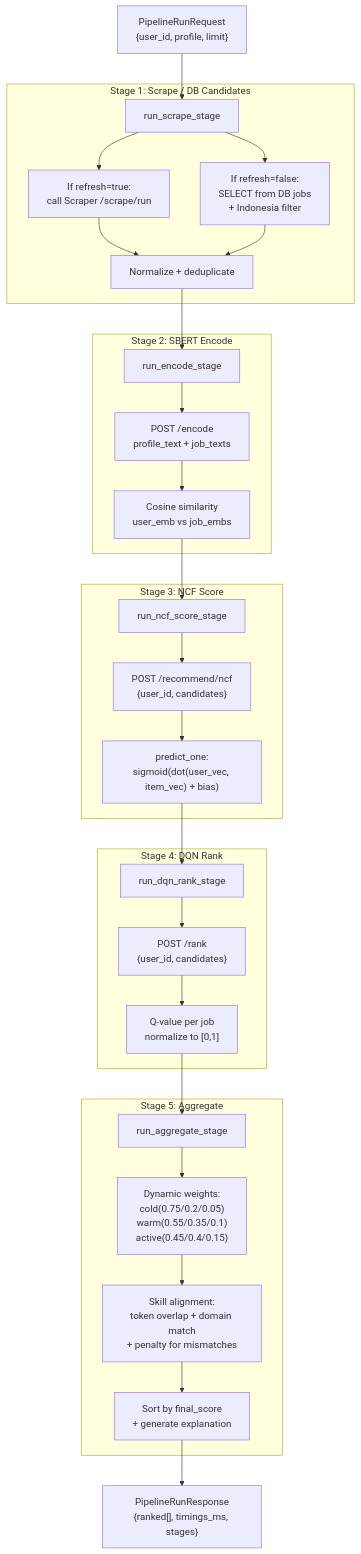
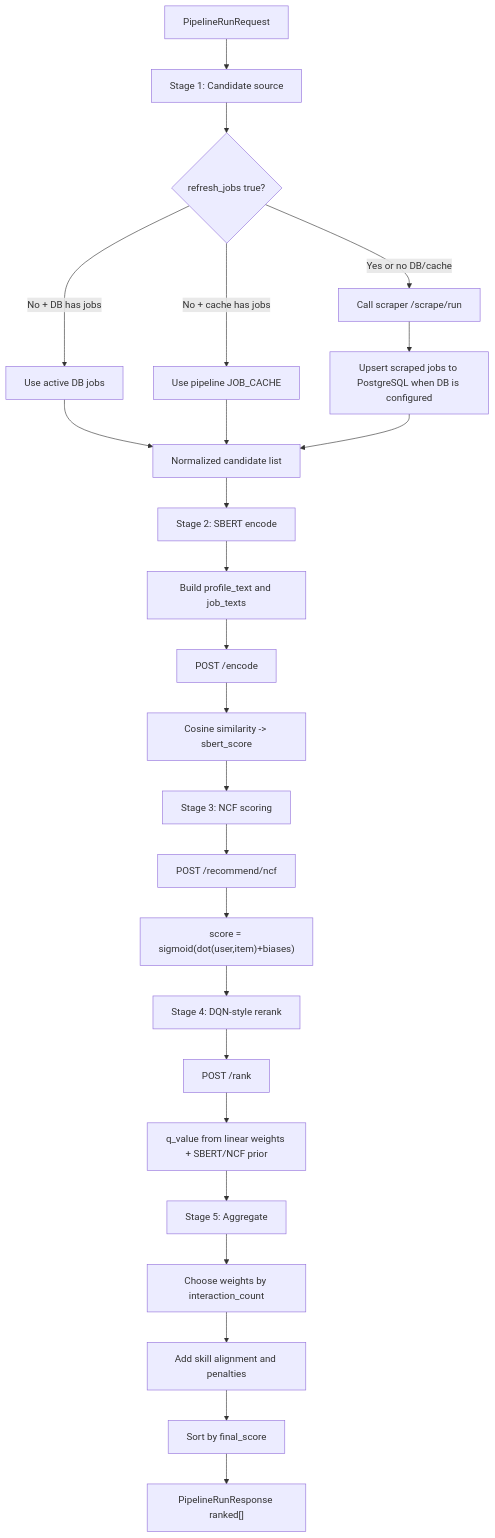
Before and after one commit to zXmill/SCPA-job-advisor: the fifth of 15 diagrams in diagram.md, drawn with Mermaid. The commit also changed other lines of this file and 1 other file, not shown here.

````diff
--- a/diagram.md
+++ b/diagram.md
@@ -229,49 +221,31 @@
 ```mermaid
 flowchart TD
-    Start["PipelineRunRequest<br/>{user_id, profile, limit}"] --> S1
+    Start["PipelineRunRequest"] --> S1["Stage 1: Candidate source"]
+    S1 --> S1a{"refresh_jobs true?"}
+    S1a -->|"No + DB has jobs"| DBJobs["Use active DB jobs"]
+    S1a -->|"No + cache has jobs"| CacheJobs["Use pipeline JOB_CACHE"]
+    S1a -->|"Yes or no DB/cache"| ScrapeJobs["Call scraper /scrape/run"]
+    ScrapeJobs --> Upsert["Upsert scraped jobs to PostgreSQL when DB is configured"]
+    DBJobs --> Merge["Normalized candidate list"]
+    CacheJobs --> Merge
+    Upsert --> Merge
 
-    subgraph Stage1["Stage 1: Scrape / DB Candidates"]
-        S1["run_scrape_stage"]
-        S1a["If refresh=true:<br/>call Scraper /scrape/run"]
-        S1b["If refresh=false:<br/>SELECT from DB jobs<br/>+ Indonesia filter"]
-        S1 --> S1a
-        S1 --> S1b
-        S1a --> S1c["Normalize + deduplicate"]
-        S1b --> S1c
-    end
+    Merge --> S2["Stage 2: SBERT encode"]
+    S2 --> E1["Build profile_text and job_texts"]
+    E1 --> E2["POST /encode"]
+    E2 --> E3["Cosine similarity -> sbert_score"]
 
-    subgraph Stage2["Stage 2: SBERT Encode"]
-        S2["run_encode_stage"]
-        S2a["POST /encode<br/>profile_text + job_texts"]
-        S2b["Cosine similarity<br/>user_emb vs job_embs"]
-        S2 --> S2a --> S2b
-    end
+    E3 --> S3["Stage 3: NCF scoring"]
+    S3 --> N1["POST /recommend/ncf"]
+    N1 --> N2["score = sigmoid(dot(user,item)+biases)"]
 
-    subgraph Stage3["Stage 3: NCF Score"]
-        S3["run_ncf_score_stage"]
-        S3a["POST /recommend/ncf<br/>{user_id, candidates}"]
-        S3b["predict_one:<br/>sigmoid(dot(user_vec, item_vec) + bias)"]
-        S3 --> S3a --> S3b
-    end
+    N2 --> S4["Stage 4: DQN-style rerank"]
+    S4 --> D1["POST /rank"]
+    D1 --> D2["q_value from linear weights + SBERT/NCF prior"]
 
-    subgraph Stage4["Stage 4: DQN Rank"]
-        S4["run_dqn_rank_stage"]
-        S4a["POST /rank<br/>{user_id, candidates}"]
-        S4b["Q-value per job<br/>normalize to [0,1]"]
-        S4 --> S4a --> S4b
-    end
-
-    subgraph Stage5["Stage 5: Aggregate"]
-        S5["run_aggregate_stage"]
-        S5a["Dynamic weights:<br/>cold(0.75/0.2/0.05)<br/>warm(0.55/0.35/0.1)<br/>active(0.45/0.4/0.15)"]
-        S5b["Skill alignment:<br/>token overlap + domain match<br/>+ penalty for mismatches"]
-        S5c["Sort by final_score<br/>+ generate explanation"]
-        S5 --> S5a --> S5b --> S5c
-    end
-
-    S1c --> S2
-    S2b --> S3
-    S3b --> S4
-    S4b --> S5
-    S5c --> End["PipelineRunResponse<br/>{ranked[], timings_ms, stages}"]
+    D2 --> S5["Stage 5: Aggregate"]
+    S5 --> W["Choose weights by interaction_count"]
+    W --> A["Add skill alignment and penalties"]
+    A --> Sort["Sort by final_score"]
+    Sort --> End["PipelineRunResponse ranked[]"]
 ```
````
